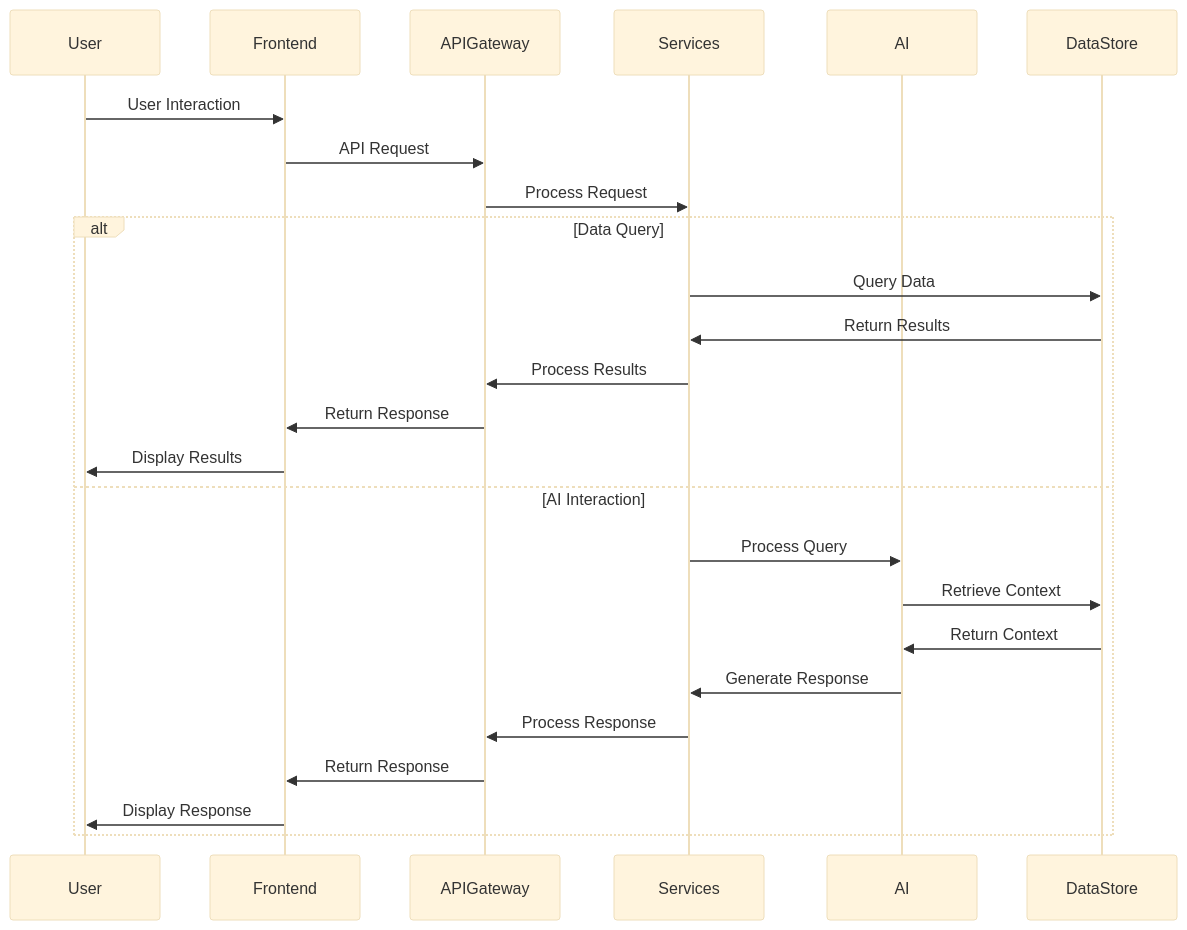
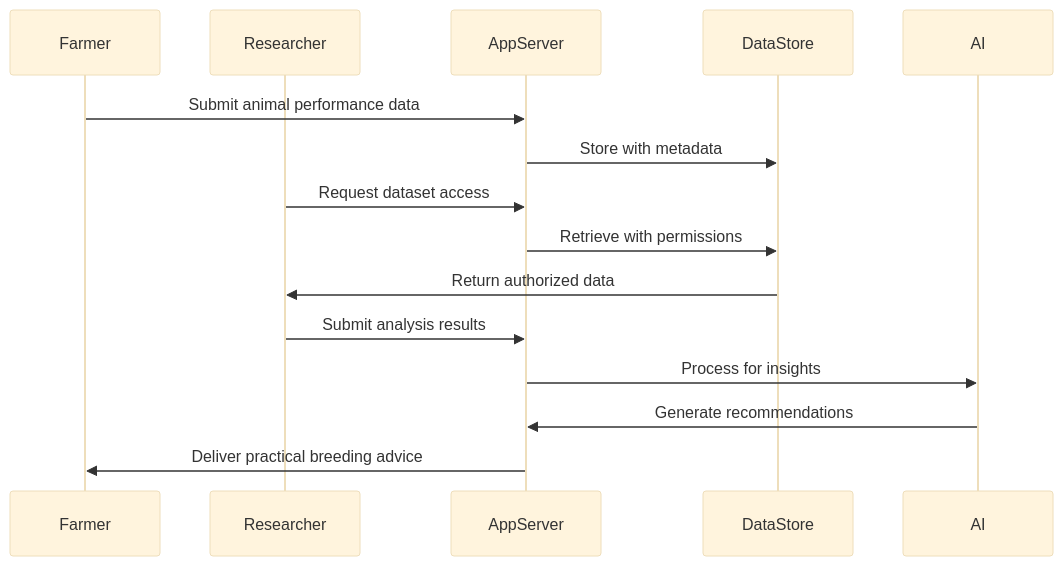
One commit to naratech-eng/researcher-platform changed the third of 3 diagrams in docs/architecture/overview.md. Above: the diagram before and after it, drawn with Mermaid (base theme). The commit also changed other lines of this file and 19 other files, not shown here.

````diff
--- a/docs/architecture/overview.md
+++ b/docs/architecture/overview.md
@@ -290,29 +122,18 @@
 ```mermaid
 sequenceDiagram
-    participant User
-    participant Frontend
-    participant APIGateway
-    participant Services
+    participant Farmer
+    participant Researcher
+    participant AppServer
+    participant DataStore
     participant AI
-    participant DataStore
     
-    User->>Frontend: User Interaction
-    Frontend->>APIGateway: API Request
-    APIGateway->>Services: Process Request
-    
-    alt Data Query
-        Services->>DataStore: Query Data
-        DataStore->>Services: Return Results
-        Services->>APIGateway: Process Results
-        APIGateway->>Frontend: Return Response
-        Frontend->>User: Display Results
-    else AI Interaction
-        Services->>AI: Process Query
-        AI->>DataStore: Retrieve Context
-        DataStore->>AI: Return Context
-        AI->>Services: Generate Response
-        Services->>APIGateway: Process Response
-        APIGateway->>Frontend: Return Response
-        Frontend->>User: Display Response
-    end
+    Farmer->>AppServer: Submit animal performance data
+    AppServer->>DataStore: Store with metadata
+    Researcher->>AppServer: Request dataset access
+    AppServer->>DataStore: Retrieve with permissions
+    DataStore->>Researcher: Return authorized data
+    Researcher->>AppServer: Submit analysis results
+    AppServer->>AI: Process for insights
+    AI->>AppServer: Generate recommendations
+    AppServer->>Farmer: Deliver practical breeding advice
 ```
````
